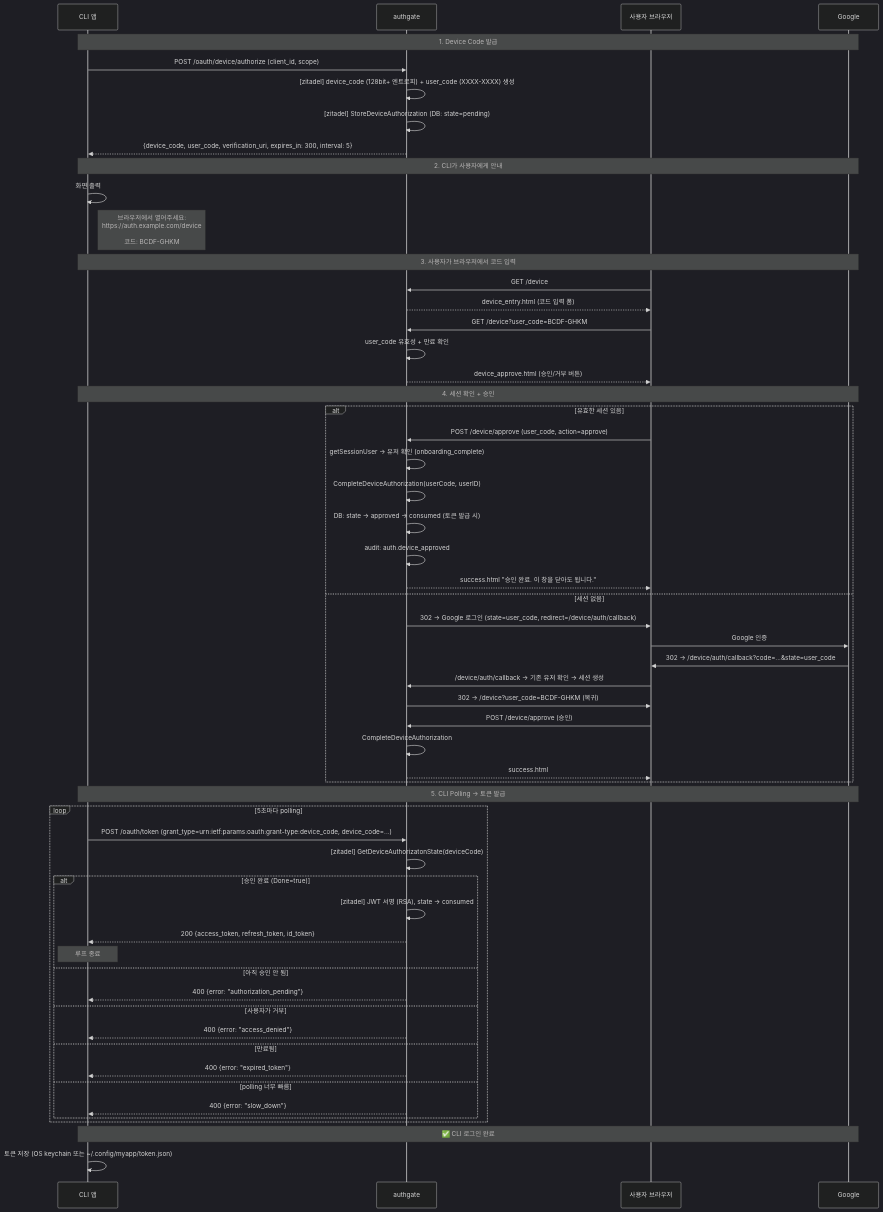
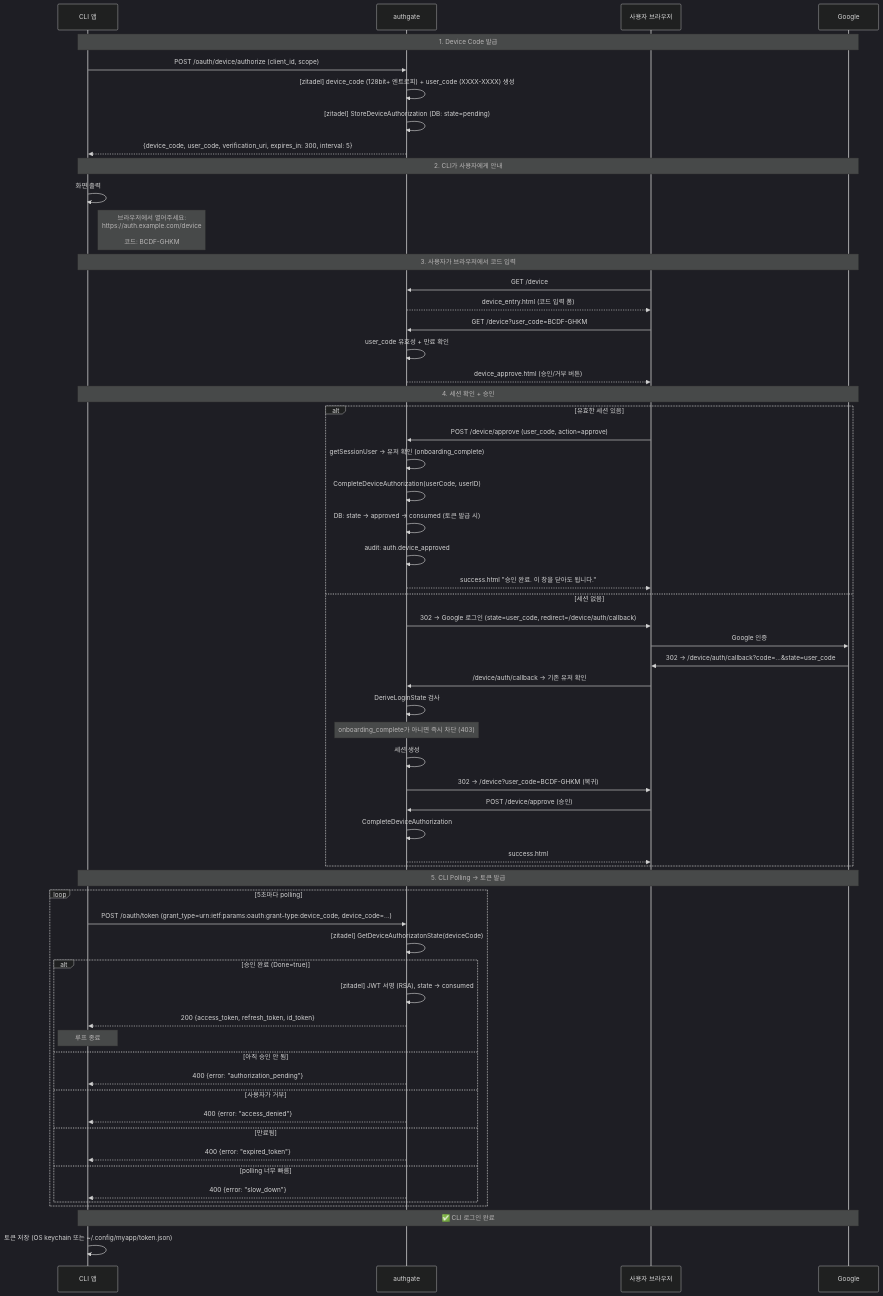
Before and after one commit to cagojeiger/authgate: the first of 2 diagrams in docs/spec/003-device-login.md, drawn with Mermaid (dark theme). The commit also changed other lines of this file and 8 other files, not shown here.

First line of the commit message:
docs: introduce DeriveLoginState, fix CASCADE bug, close remaining gaps

````diff
--- a/docs/spec/003-device-login.md
+++ b/docs/spec/003-device-login.md
@@ -38,65 +38,68 @@
 ```mermaid
 sequenceDiagram
     participant CLI as CLI 앱
     participant AG as authgate
     participant U as 사용자 브라우저
     participant G as Google
 
     Note over CLI,G: 1. Device Code 발급
     CLI->>AG: POST /oauth/device/authorize (client_id, scope)
     AG->>AG: [zitadel] device_code (128bit+ 엔트로피) + user_code (XXXX-XXXX) 생성
     AG->>AG: [zitadel] StoreDeviceAuthorization (DB: state=pending)
     AG-->>CLI: {device_code, user_code, verification_uri, expires_in: 300, interval: 5}
 
     Note over CLI,G: 2. CLI가 사용자에게 안내
     CLI->>CLI: 화면 출력
     Note right of CLI: 브라우저에서 열어주세요:<br/>https://auth.example.com/device<br/><br/>코드: BCDF-GHKM
 
     Note over CLI,G: 3. 사용자가 브라우저에서 코드 입력
     U->>AG: GET /device
     AG-->>U: device_entry.html (코드 입력 폼)
     U->>AG: GET /device?user_code=BCDF-GHKM
     AG->>AG: user_code 유효성 + 만료 확인
     AG-->>U: device_approve.html (승인/거부 버튼)
 
     Note over CLI,G: 4. 세션 확인 + 승인
     alt 유효한 세션 있음
         U->>AG: POST /device/approve (user_code, action=approve)
         AG->>AG: getSessionUser → 유저 확인 (onboarding_complete)
         AG->>AG: CompleteDeviceAuthorization(userCode, userID)
         AG->>AG: DB: state → approved → consumed (토큰 발급 시)
         AG->>AG: audit: auth.device_approved
         AG-->>U: success.html "승인 완료. 이 창을 닫아도 됩니다."
     else 세션 없음
         AG->>U: 302 → Google 로그인 (state=user_code, redirect=/device/auth/callback)
         U->>G: Google 인증
         G->>U: 302 → /device/auth/callback?code=...&state=user_code
-        U->>AG: /device/auth/callback → 기존 유저 확인 → 세션 생성
+        U->>AG: /device/auth/callback → 기존 유저 확인
+        AG->>AG: DeriveLoginState 검사
+        Note over AG: onboarding_complete가 아니면 즉시 차단 (403)
+        AG->>AG: 세션 생성
         AG->>U: 302 → /device?user_code=BCDF-GHKM (복귀)
         U->>AG: POST /device/approve (승인)
         AG->>AG: CompleteDeviceAuthorization
         AG-->>U: success.html
     end
 
     Note over CLI,G: 5. CLI Polling → 토큰 발급
     loop 5초마다 polling
         CLI->>AG: POST /oauth/token (grant_type=urn:ietf:params:oauth:grant-type:device_code, device_code=...)
         AG->>AG: [zitadel] GetDeviceAuthorizatonState(deviceCode)
         alt 승인 완료 (Done=true)
             AG->>AG: [zitadel] JWT 서명 (RSA), state → consumed
             AG-->>CLI: 200 {access_token, refresh_token, id_token}
             Note over CLI: 루프 종료
         else 아직 승인 안 됨
             AG-->>CLI: 400 {error: "authorization_pending"}
         else 사용자가 거부
             AG-->>CLI: 400 {error: "access_denied"}
         else 만료됨
             AG-->>CLI: 400 {error: "expired_token"}
         else polling 너무 빠름
             AG-->>CLI: 400 {error: "slow_down"}
         end
     end
 
     Note over CLI,G: ✅ CLI 로그인 완료
     CLI->>CLI: 토큰 저장 (OS keychain 또는 ~/.config/myapp/token.json)
 ```
````
